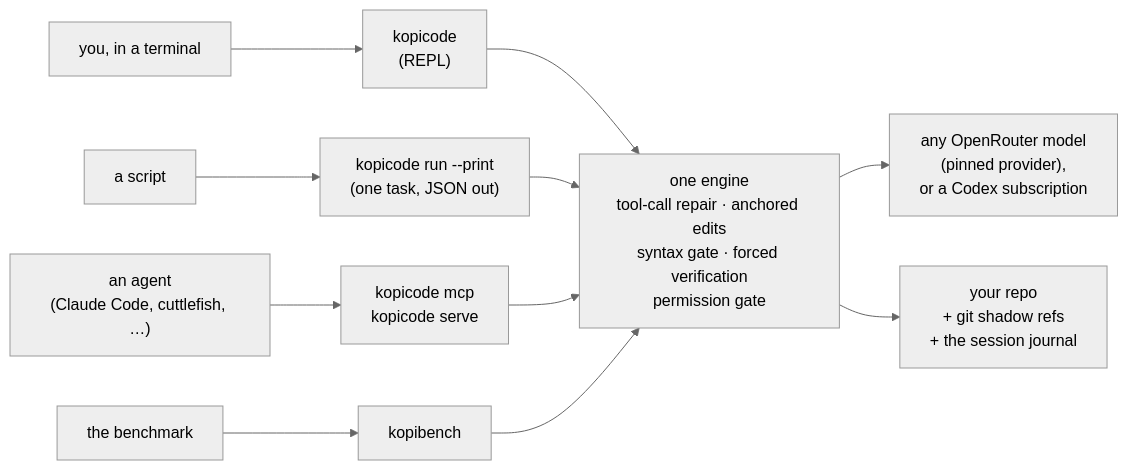
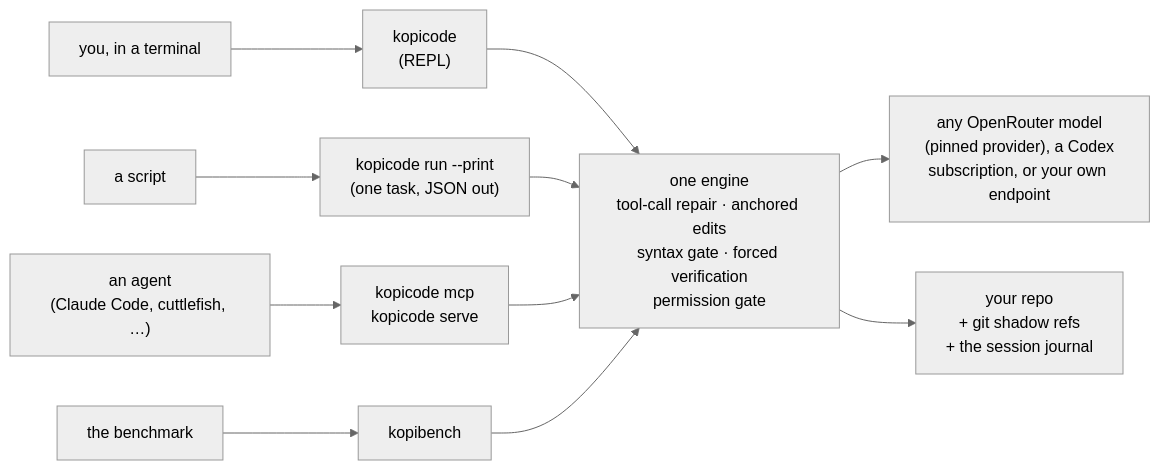
The diagram in README.md (leejianrong/kopicode), drawn with Mermaid (neutral theme) before and after one commit. The commit also changed other lines of this file, not shown here.

````diff
--- a/README.md
+++ b/README.md
@@ -13,10 +9,10 @@
 ```mermaid
 flowchart LR
     you["you, in a terminal"] --> repl["kopicode<br/>(REPL)"]
     script["a script"] --> run["kopicode run --print<br/>(one task, JSON out)"]
     agent["an agent<br/>(Claude Code, cuttlefish, …)"] --> mcp["kopicode mcp<br/>kopicode serve"]
     ci["the benchmark"] --> bench["kopibench"]
     repl & run & mcp & bench --> engine["one engine<br/>tool-call repair · anchored edits<br/>syntax gate · forced verification<br/>permission gate"]
-    engine --> model["any OpenRouter model<br/>(pinned provider),<br/>or a Codex subscription"]
+    engine --> model["any OpenRouter model<br/>(pinned provider), a Codex<br/>subscription, or your own endpoint"]
     engine --> repo["your repo<br/>+ git shadow refs<br/>+ the session journal"]
 ```
````
